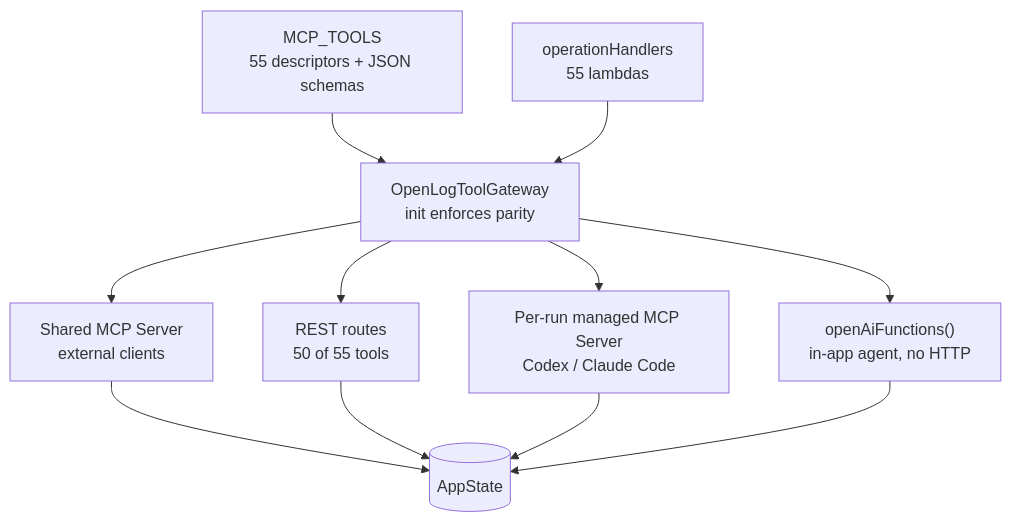
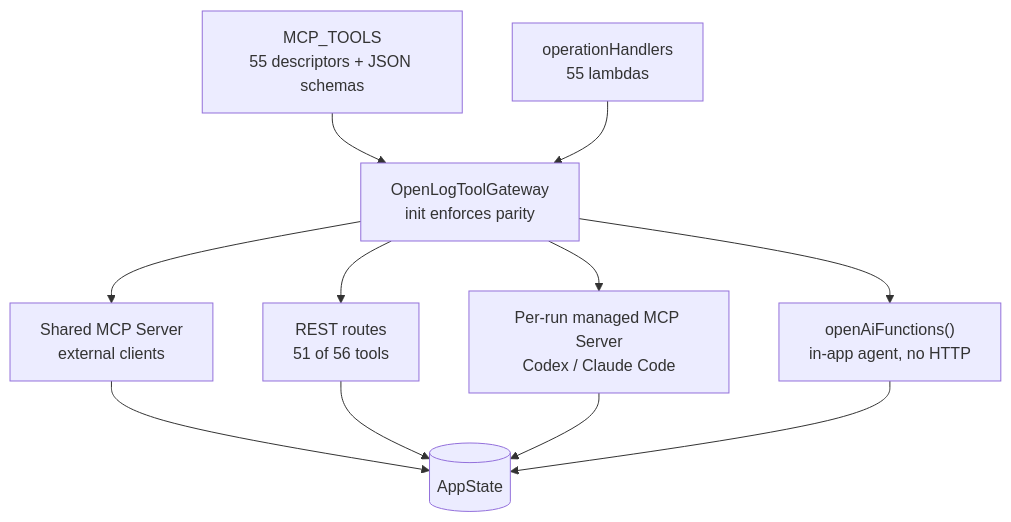
Before and after one commit to indagium/indagium: the eighth of 14 diagrams in docs/SAAD.md, drawn with Mermaid. The commit also changed other lines of this file and 9 other files, not shown here.

````diff
--- a/docs/SAAD.md
+++ b/docs/SAAD.md
@@ -1261,24 +1261,24 @@
 ```mermaid
 flowchart TB
     catalog["MCP_TOOLS<br/>55 descriptors + JSON schemas"]
     handlers["operationHandlers<br/>55 lambdas"]
     gw["OpenLogToolGateway<br/>init enforces parity"]
 
     mcp["Shared MCP Server<br/>external clients"]
-    rest["REST routes<br/>50 of 55 tools"]
+    rest["REST routes<br/>51 of 56 tools"]
     managed["Per-run managed MCP Server<br/>Codex / Claude Code"]
     fns["openAiFunctions()<br/>in-app agent, no HTTP"]
 
     state[("AppState")]
 
     catalog --> gw
     handlers --> gw
     gw --> mcp
     gw --> rest
     gw --> managed
     gw --> fns
     mcp --> state
     rest --> state
     managed --> state
     fns --> state
 ```
````
